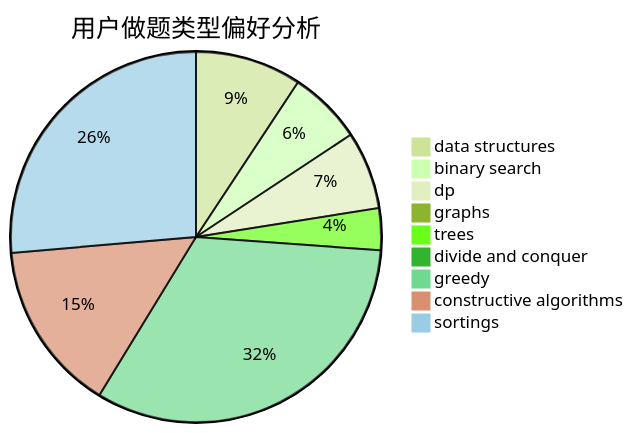
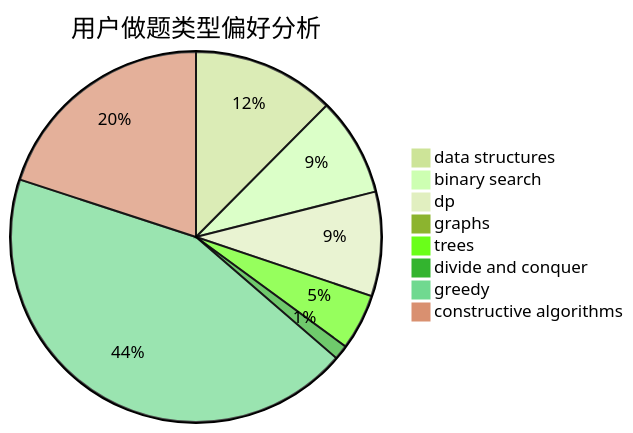
One commit to sherpahu/cfrs.github.io changed the second of 3 diagrams in docs/user/u691.md. Above: the diagram before and after it, drawn with Mermaid (forest theme). The commit also changed other lines of this file and 2769 other files, not shown here.

````diff
--- a/docs/user/u691.md
+++ b/docs/user/u691.md
@@ -18,12 +18,11 @@
 ```mermaid
 pie title 用户做题类型偏好分析
     "data structures" :  127
     "binary search" :  88
     "dp" :  93
     "graphs" :  3
     "trees" :  50
     "divide and conquer" :  13
     "greedy" :  446
     "constructive algorithms" :  204
-    "sortings" :  361
 ```
````
